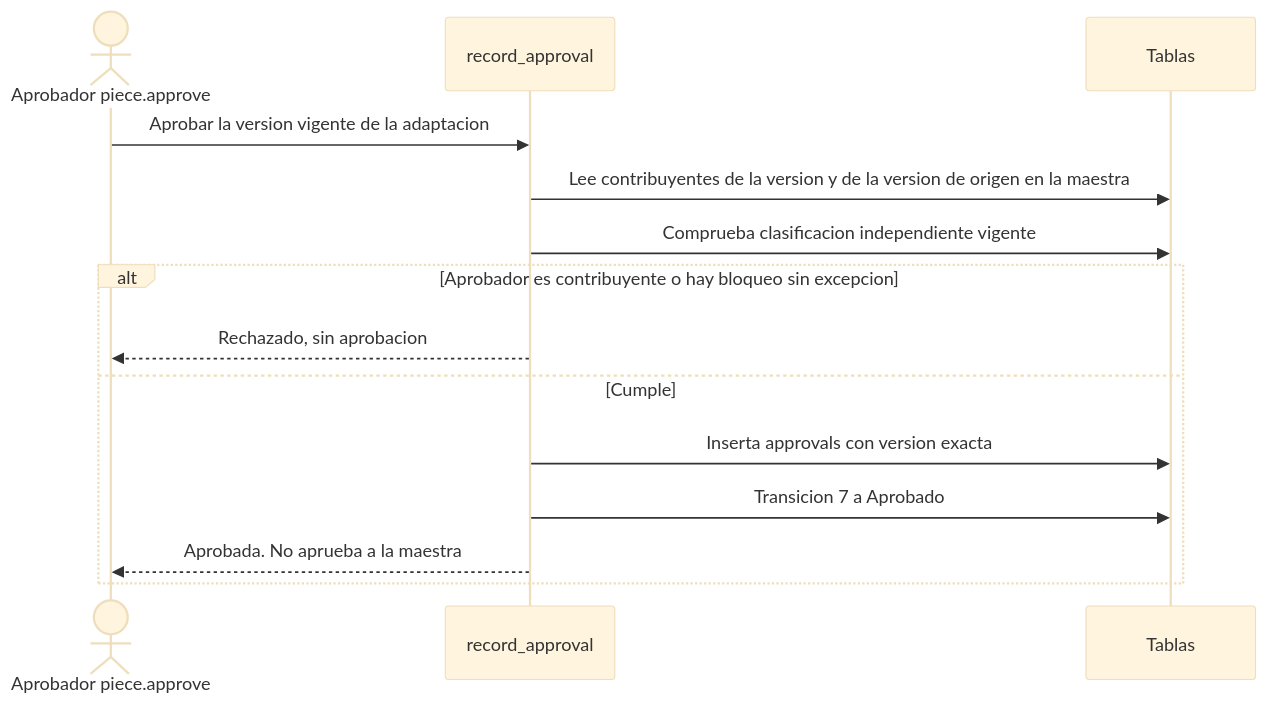
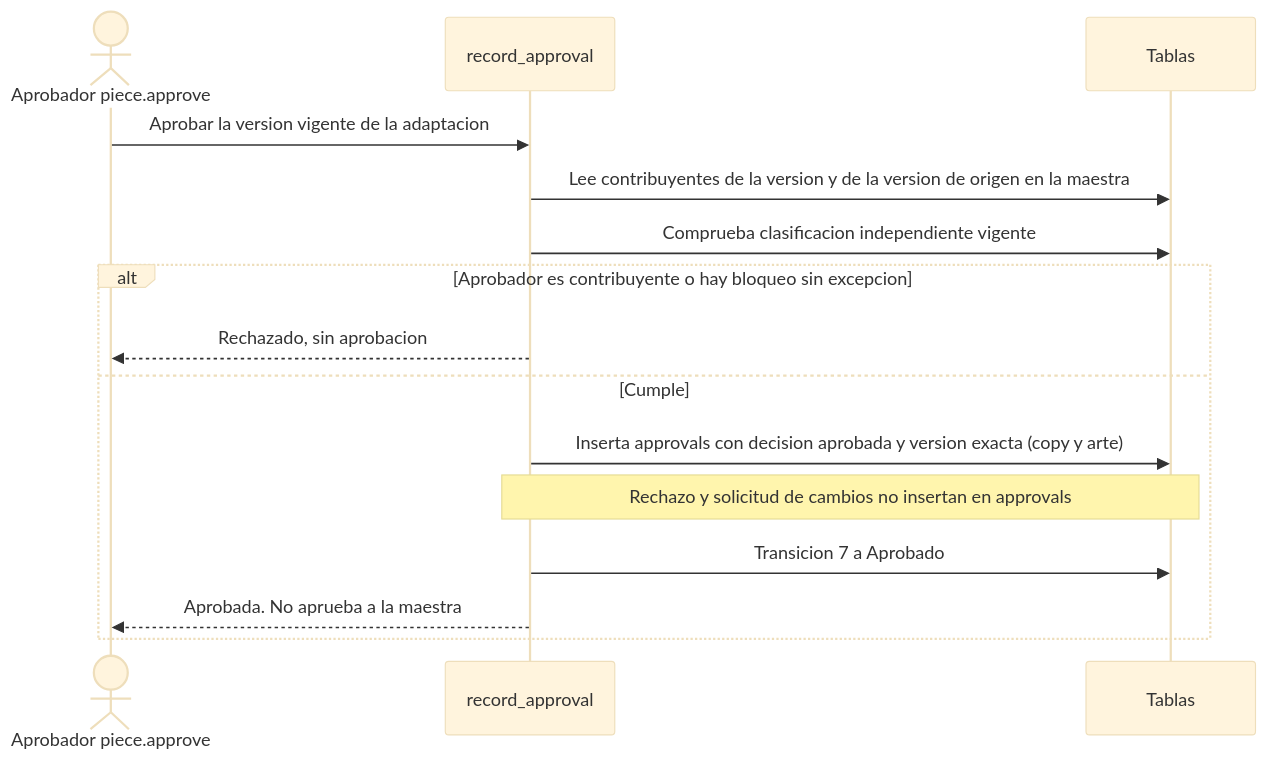
One commit to appalex47-lab/Copy-Creative-Intelligence changed the third of 17 diagrams in docs/fase0/ESPECIFICACION_TECNICA_G1_G5_G10.md. Above: the diagram before and after it, drawn with Mermaid (base theme). The commit also changed other lines of this file and 8 other files, not shown here.

````diff
--- a/docs/fase0/ESPECIFICACION_TECNICA_G1_G5_G10.md
+++ b/docs/fase0/ESPECIFICACION_TECNICA_G1_G5_G10.md
@@ -815,16 +1099,17 @@
 ```mermaid
 sequenceDiagram
   actor U as Aprobador piece.approve
   participant B as record_approval
   participant DB as Tablas
   U->>B: Aprobar la version vigente de la adaptacion
   B->>DB: Lee contribuyentes de la version y de la version de origen en la maestra
   B->>DB: Comprueba clasificacion independiente vigente
   alt Aprobador es contribuyente o hay bloqueo sin excepcion
     B-->>U: Rechazado, sin aprobacion
   else Cumple
-    B->>DB: Inserta approvals con version exacta
+    B->>DB: Inserta approvals con decision aprobada y version exacta (copy y arte)
+  Note over B,DB: Rechazo y solicitud de cambios no insertan en approvals
     B->>DB: Transicion 7 a Aprobado
     B-->>U: Aprobada. No aprueba a la maestra
   end
 ```
````
